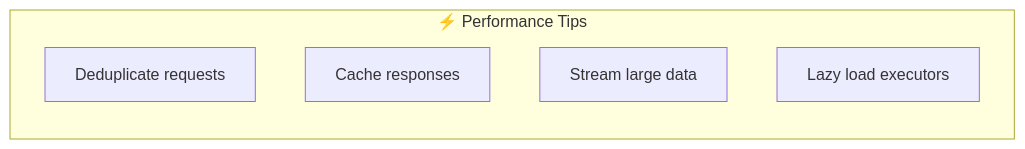
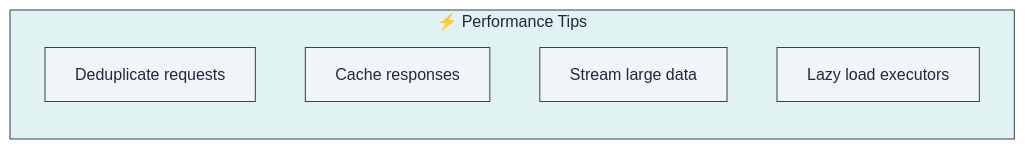
One commit to lploc94/flutter_orchestrator changed diagram 11 of 14 in book/chapters/07_best_practices.md. Above: the diagram before and after it, drawn with Mermaid. The commit also changed other lines of this file and 4 other files, not shown here.

````diff
--- a/book/chapters/07_best_practices.md
+++ b/book/chapters/07_best_practices.md
@@ -269,9 +341,15 @@
 ```mermaid
 graph LR
     subgraph Performance["⚡ Performance Tips"]
         Dedup["Deduplicate requests"]
         Cache["Cache responses"]
         Stream["Stream large data"]
         Lazy["Lazy load executors"]
     end
+    
+    style Performance fill:#e0f2f1,stroke:#334155,color:#1e293b
+    style Dedup fill:#f1f5f9,stroke:#334155,color:#1e293b
+    style Cache fill:#f1f5f9,stroke:#334155,color:#1e293b
+    style Stream fill:#f1f5f9,stroke:#334155,color:#1e293b
+    style Lazy fill:#f1f5f9,stroke:#334155,color:#1e293b
 ```
````
